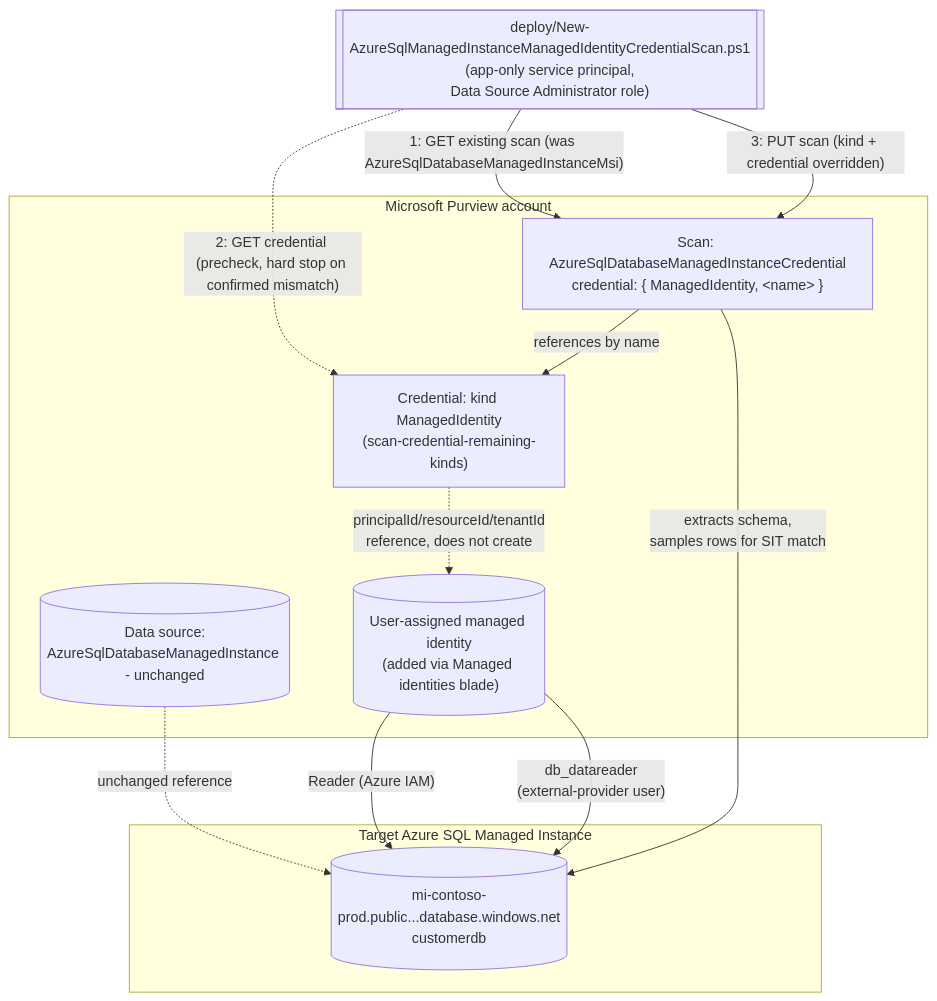
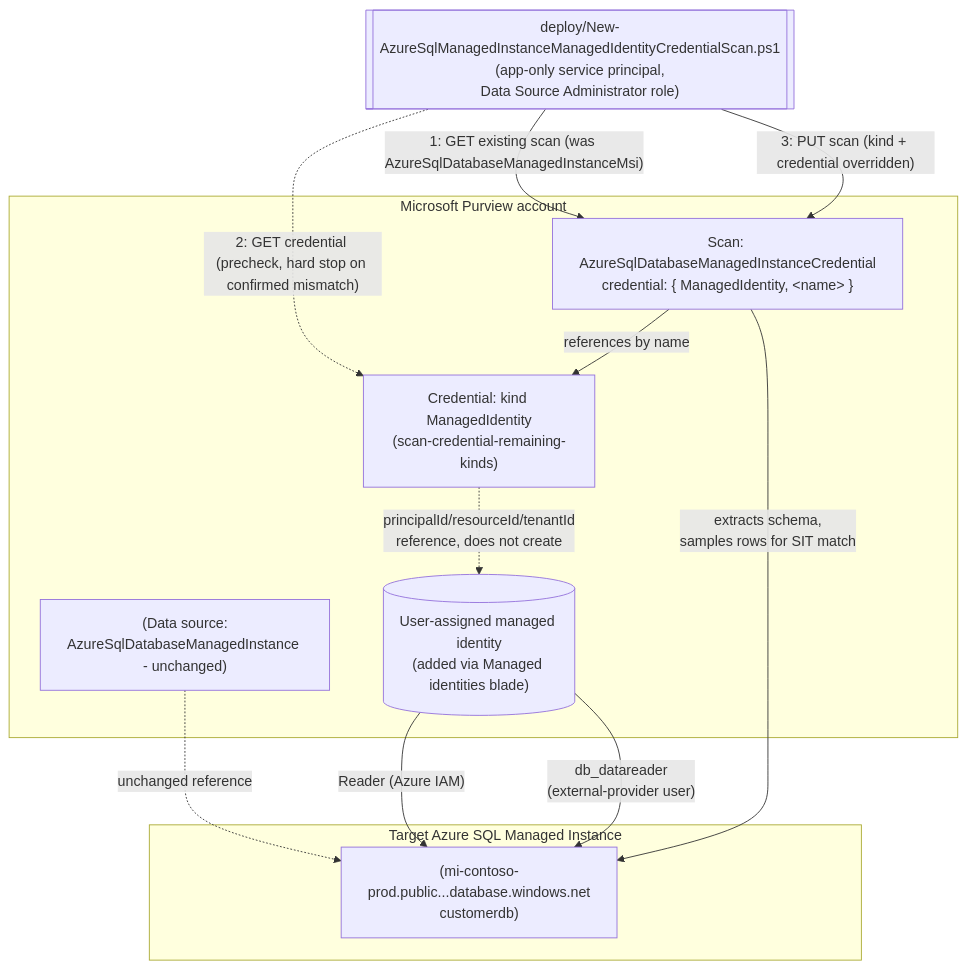
The diagram in src/content/scenarios/data-map/scan-azure-sql-managed-instance-and-classify-managed-identity-credential.md (kpsec1/kpsec1.github.io), drawn with Mermaid before and after one commit. The commit also changed 80 other files, not shown here.

First line of the commit message:
Fix Mermaid diagram rendering across all scenarios

````diff
--- a/src/content/scenarios/data-map/scan-azure-sql-managed-instance-and-classify-managed-identity-credential.md
+++ b/src/content/scenarios/data-map/scan-azure-sql-managed-instance-and-classify-managed-identity-credential.md
@@ -68,26 +68,26 @@
 ```mermaid
 flowchart TD
     subgraph Azure["Target Azure SQL Managed Instance"]
-        MI[(mi-contoso-prod.public...database.windows.net<br/>customerdb)]
+        MI["(mi-contoso-prod.public...database.windows.net<br/>customerdb)"]
     end
 
     subgraph Purview["Microsoft Purview account"]
         UAMI[("User-assigned managed identity<br/>(added via Managed identities blade)")]
         Cred["Credential: kind ManagedIdentity<br/>(scan-credential-remaining-kinds)"]
-        DS[(Data source:<br/>AzureSqlDatabaseManagedInstance - unchanged)]
+        DS["(Data source:<br/>AzureSqlDatabaseManagedInstance - unchanged)"]
         Scan["Scan: AzureSqlDatabaseManagedInstanceCredential<br/>credential: { ManagedIdentity, &lt;name&gt; }"]
     end
 
     Deployer[["deploy/New-AzureSqlManagedInstanceManagedIdentityCredentialScan.ps1<br/>(app-only service principal,<br/>Data Source Administrator role)"]]
 
     Deployer -- "1: GET existing scan (was AzureSqlDatabaseManagedInstanceMsi)" --> Scan
     Deployer -. "2: GET credential (precheck, hard stop on confirmed mismatch)" .-> Cred
     Deployer -- "3: PUT scan (kind + credential overridden)" --> Scan
 
     DS -.->|unchanged reference| MI
     Scan -- "references by name" --> Cred
     Cred -. "principalId/resourceId/tenantId<br/>reference, does not create" .-> UAMI
     UAMI -- "Reader (Azure IAM)" --> MI
     UAMI -- "db_datareader<br/>(external-provider user)" --> MI
     Scan -- "extracts schema,<br/>samples rows for SIT match" --> MI
 ```
````
